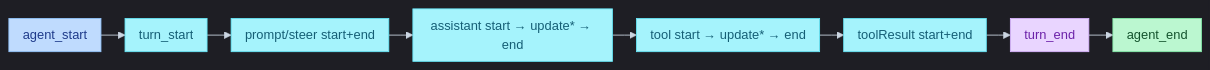
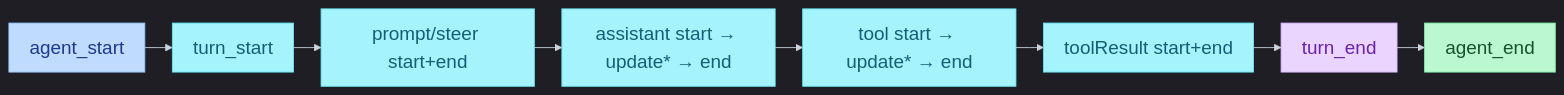
Before and after one commit to juliepy/AI-Engineer-from-scrach: the second of 4 diagrams in 13-pi-agent/03-events.md, drawn with Mermaid. The commit also changed other lines of this file and 2 other files, not shown here.

First line of the commit message:
Rewrite Pi events notes around emit/subscribe and update mermaid drawing rules.

````diff
--- a/13-pi-agent/03-events.md
+++ b/13-pi-agent/03-events.md
@@ -113,21 +138,21 @@
 ```mermaid
-%%{init: {"theme": "dark", "flowchart": {"curve": "linear", "rankSpacing": 28, "nodeSpacing": 24, "padding": 8}, "themeVariables": {"fontSize": "15px", "background": "#000000", "lineColor": "#CBD5E1", "edgeLabelBackground": "#111111"}}}%%
+%%{init: {"theme": "dark", "flowchart": {"curve": "linear", "rankSpacing": 32, "nodeSpacing": 28, "padding": 12, "useMaxWidth": false, "htmlLabels": true}, "themeVariables": {"fontSize": "22px", "background": "#000000", "lineColor": "#CBD5E1", "edgeLabelBackground": "#111111"}, "themeCSS": ".nodeLabel,.label,span{font-size:22px!important}"}}%%
 flowchart LR
     AS["agent_start"] --> TS["turn_start"]
     TS --> PR["prompt/steer start+end"]
     PR --> AM["assistant start → update* → end"]
     AM --> TX["tool start → update* → end"]
     TX --> TR["toolResult start+end"]
     TR --> TE["turn_end"]
     TE --> AE["agent_end"]
 
-    classDef start fill:#BFDBFE,stroke:#93C5FD,color:#1E3A8A
-    classDef step fill:#A5F3FC,stroke:#67E8F9,color:#155E75
-    classDef core fill:#E9D5FF,stroke:#D8B4FE,color:#6B21A8
-    classDef ok fill:#BBF7D0,stroke:#86EFAC,color:#14532D
+    classDef start fill:#BFDBFE,stroke:#93C5FD,color:#1E3A8A,font-size:22px
+    classDef step fill:#A5F3FC,stroke:#67E8F9,color:#155E75,font-size:22px
+    classDef prod fill:#E9D5FF,stroke:#D8B4FE,color:#6B21A8,font-size:22px
+    classDef ok fill:#BBF7D0,stroke:#86EFAC,color:#14532D,font-size:22px
 
     class AS start
     class TS,PR,AM,TX,TR step
-    class TE core
+    class TE prod
     class AE ok
 ```
````
